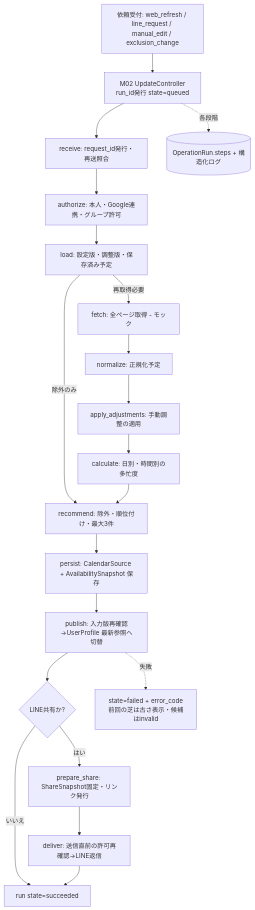
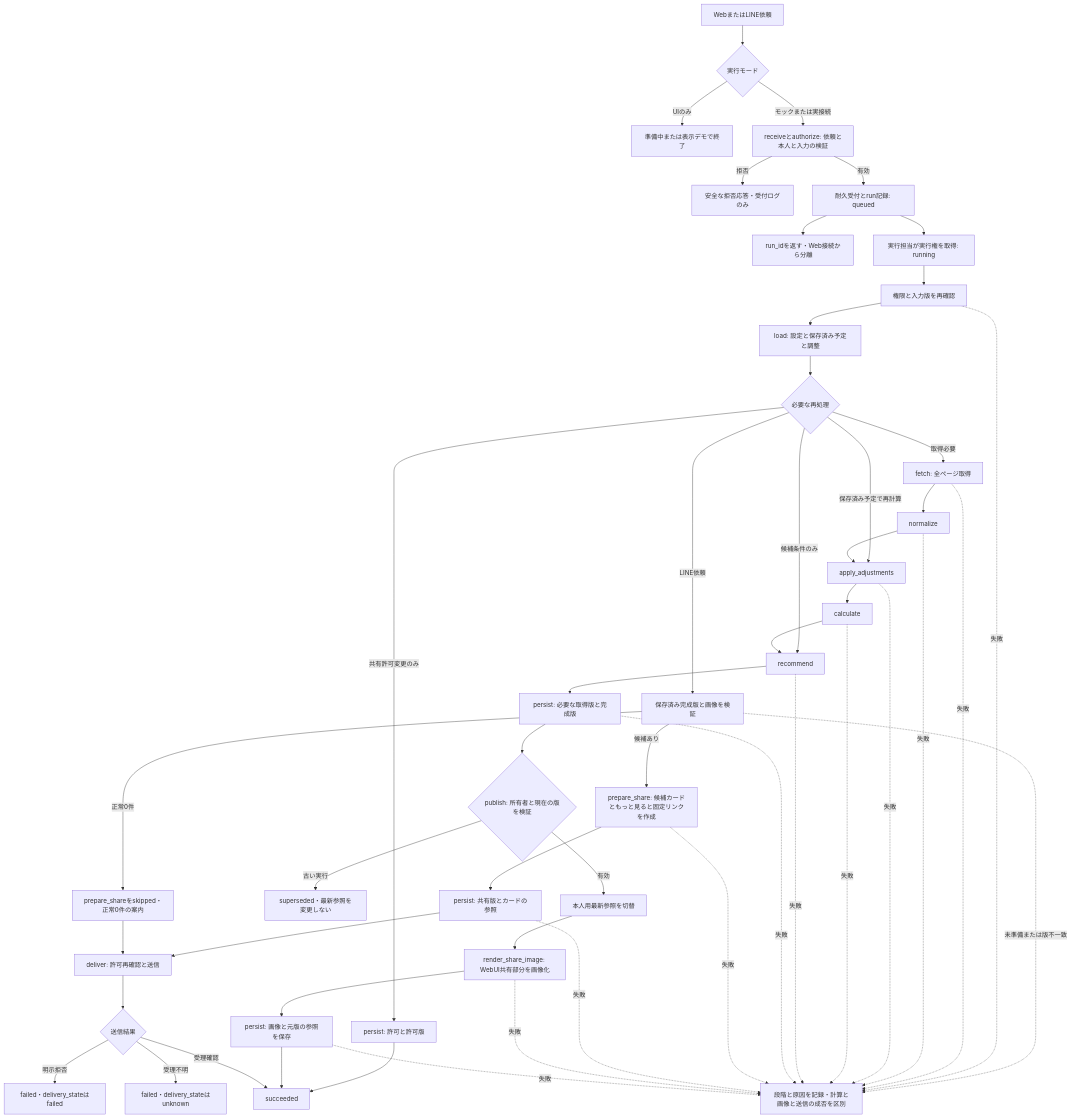
The second of 5 diagrams in architecture.md (jphacks/sd_2602), drawn with Mermaid before and after one commit. The commit also changed other lines of this file and 120 other files, not shown here.

````diff
--- a/architecture.md
+++ b/architecture.md
@@ -169,22 +148,53 @@
-```mermaid
+~~~mermaid
 flowchart TD
-    REQ[依頼受付: web_refresh / line_request / manual_edit / exclusion_change] --> CTRL[M02 UpdateController<br>run_id発行 state=queued]
-    CTRL --> RECV[receive: request_id発行・再送照合]
-    RECV --> AUTH[authorize: 本人・Google連携・グループ許可]
-    AUTH --> LOAD[load: 設定版・調整版・保存済み予定]
-    LOAD -->|再取得必要| FETCH[fetch: 全ページ取得 - モック]
-    LOAD -->|除外のみ| REC
-    FETCH --> NORM[normalize: 正規化予定]
-    NORM --> ADJ[apply_adjustments: 手動調整の適用]
-    ADJ --> CALC[calculate: 日別・時間別の多忙度]
-    CALC --> REC[recommend: 除外・順位付け・最大3件]
-    REC --> PERS[persist: CalendarSource + AvailabilitySnapshot 保存]
-    PERS --> PUB[publish: 入力版再確認→UserProfile 最新参照へ切替]
-    PUB --> SHARE{LINE共有か?}
-    SHARE -->|はい| PREP[prepare_share: ShareSnapshot固定・リンク発行]
-    PREP --> DLV[deliver: 送信直前の許可再確認→LINE返信]
-    SHARE -->|いいえ| DONE[run state=succeeded]
-    DLV --> DONE
-    CTRL -.->|各段階| RUNS[(OperationRun.steps + 構造化ログ)]
-    PUB -.->|失敗| ERR[state=failed + error_code<br>前回の芝は古さ表示・候補はinvalid]
-```
+    REQ[WebまたはLINE依頼] --> MODE{実行モード}
+    MODE -->|UIのみ| DEMO[準備中または表示デモで終了]
+    MODE -->|モックまたは実接続| AUTH[receiveとauthorize: 依頼と本人と入力の検証]
+    AUTH -->|拒否| DENY[安全な拒否応答・受付ログのみ]
+    AUTH -->|有効| QUEUE[耐久受付とrun記録: queued]
+    QUEUE --> ACK[run_idを返す・Web接続から分離]
+    QUEUE --> CLAIM[実行担当が実行権を取得: running]
+    CLAIM --> CHECK[権限と入力版を再確認]
+    CHECK --> LOAD[load: 設定と保存済み予定と調整]
+    LOAD --> KIND{必要な再処理}
+    KIND -->|LINE依頼| SAVED[保存済み完成版と画像を検証]
+    SAVED -->|候補あり| SHARE
+    SAVED -->|正常0件| EMPTY
+    SAVED -.->|未準備または版不一致| ERROR
+    KIND -->|取得必要| FETCH[fetch: 全ページ取得]
+    FETCH --> NORM[normalize]
+    KIND -->|保存済み予定で再計算| ADJ[apply_adjustments]
+    NORM --> ADJ
+    ADJ --> CALC[calculate]
+    KIND -->|候補条件のみ| REC[recommend]
+    CALC --> REC
+    KIND -->|共有許可変更のみ| PERM[persist: 許可と許可版]
+    PERM --> DONE[succeeded]
+    REC --> SAVE[persist: 必要な取得版と完成版]
+    SAVE --> PUB{publish: 所有者と現在の版を検証}
+    PUB -->|古い実行| OLD[superseded・最新参照を変更しない]
+    PUB -->|有効| SWITCH[本人用最新参照を切替]
+    SWITCH --> IMAGE[render_share_image: WebUI共有部分を画像化]
+    IMAGE --> IMAGESTORE[persist: 画像と元版の参照を保存]
+    IMAGESTORE --> DONE
+    SHARE[prepare_share: 候補カードともっと見ると固定リンクを作成]
+    EMPTY[prepare_shareをskipped・正常0件の案内]
+    SHARE --> SHARESAVE[persist: 共有版とカードの参照]
+    SHARESAVE --> SEND[deliver: 許可再確認と送信]
+    EMPTY --> SEND
+    SEND --> RESULT{送信結果}
+    RESULT -->|受理確認| DONE
+    RESULT -->|明示拒否| FAIL[failed・delivery_stateはfailed]
+    RESULT -->|受理不明| UNKNOWN[failed・delivery_stateはunknown]
+    CHECK -.->|失敗| ERROR[段階と原因を記録・計算と画像と送信の成否を区別]
+    FETCH -.->|失敗| ERROR
+    NORM -.->|失敗| ERROR
+    ADJ -.->|失敗| ERROR
+    CALC -.->|失敗| ERROR
+    REC -.->|失敗| ERROR
+    SAVE -.->|失敗| ERROR
+    SHARE -.->|失敗| ERROR
+    SHARESAVE -.->|失敗| ERROR
+    IMAGE -.->|失敗| ERROR
+    IMAGESTORE -.->|失敗| ERROR
+~~~
````
